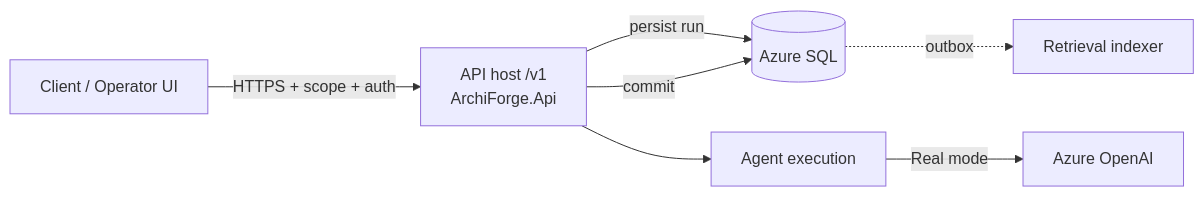
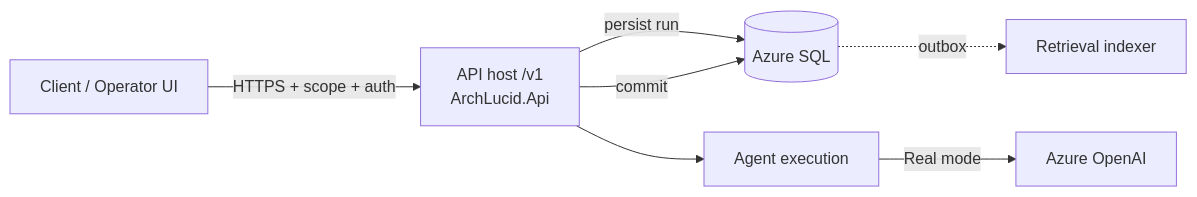
One commit to joefrancisGA/ArchLucid changed the diagram in docs/ONBOARDING_HAPPY_PATH.md. Above: the diagram before and after it, drawn with Mermaid. The commit also changed 2569 other files, not shown here.

````diff
--- a/docs/ONBOARDING_HAPPY_PATH.md
+++ b/docs/ONBOARDING_HAPPY_PATH.md
@@ -13,16 +13,16 @@
 ```mermaid
 flowchart LR
   Client[Client / Operator UI]
-  API[API host /v1<br/>ArchiForge.Api]
+  API[API host /v1<br/>ArchLucid.Api]
   SQL[(Azure SQL)]
   Agents[Agent execution]
   AOAI[Azure OpenAI]
   Idx[Retrieval indexer]
 
   Client -->|HTTPS + scope + auth| API
   API -->|persist run| SQL
   API --> Agents
   Agents -->|Real mode| AOAI
   API -->|commit| SQL
   SQL -.->|outbox| Idx
 ```
````
